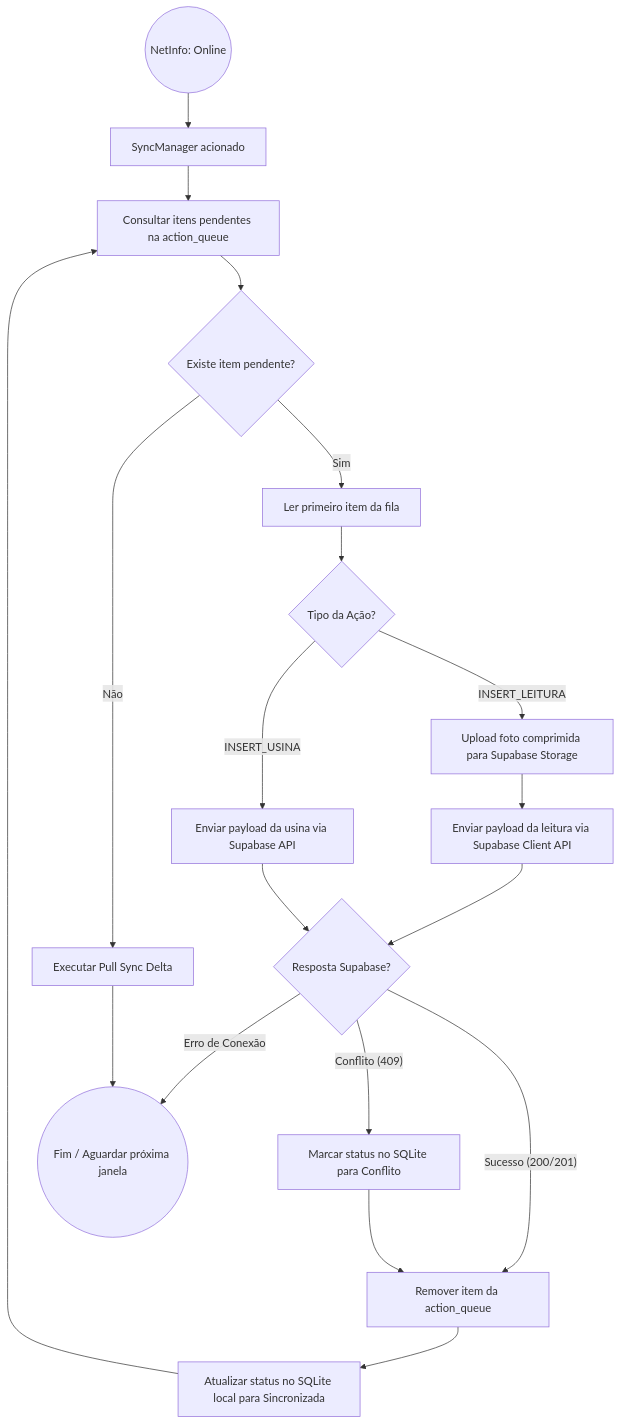
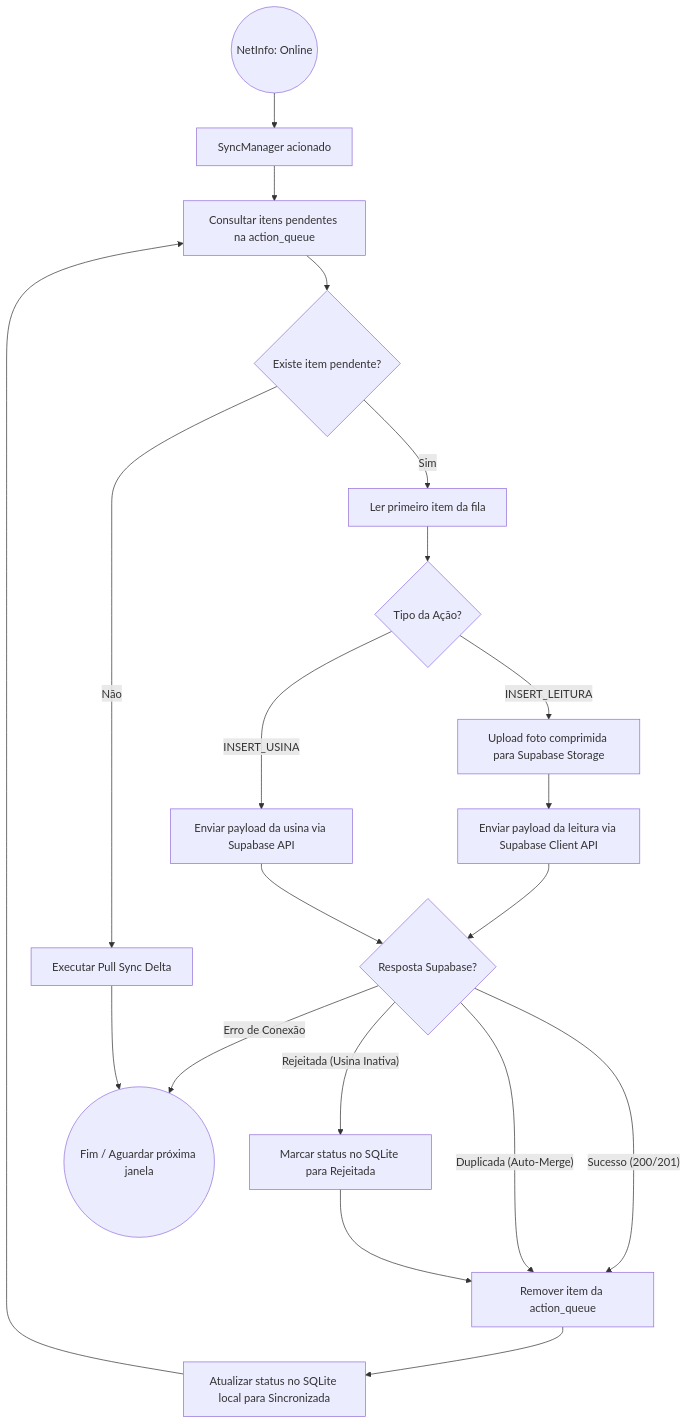
Before and after one commit to Julio-Net0/EquinoxSystemMobile: the ninth of 10 diagrams in docs/documento-software.md, drawn with Mermaid. The commit also changed other lines of this file and 2 other files, not shown here.

````diff
--- a/docs/documento-software.md
+++ b/docs/documento-software.md
@@ -397,21 +412,22 @@
 ```mermaid
 flowchart TD
     Start((NetInfo: Online)) --> A1[SyncManager acionado]
     A1 --> A2[Consultar itens pendentes na action_queue]
     A2 --> D1{Existe item pendente?}
     D1 -- Não --> A3[Executar Pull Sync Delta]
     D1 -- Sim --> A4[Ler primeiro item da fila]
     A4 --> D2{Tipo da Ação?}
     D2 -- INSERT_LEITURA --> A5[Upload foto comprimida para Supabase Storage]
     A5 --> A6[Enviar payload da leitura via Supabase Client API]
     D2 -- INSERT_USINA --> A7[Enviar payload da usina via Supabase API]
     A6 --> D3{Resposta Supabase?}
     A7 --> D3
     D3 -- Sucesso (200/201) --> A8[Remover item da action_queue]
     A8 --> A9[Atualizar status no SQLite local para Sincronizada]
     A9 --> A2
-    D3 -- Conflito (409) --> A10[Marcar status no SQLite para Conflito]
+    D3 -- Duplicada (Auto-Merge) --> A8
+    D3 -- Rejeitada (Usina Inativa) --> A10[Marcar status no SQLite para Rejeitada]
     A10 --> A8
     D3 -- Erro de Conexão --> End((Fim / Aguardar próxima janela))
     A3 --> End
 ```
````
